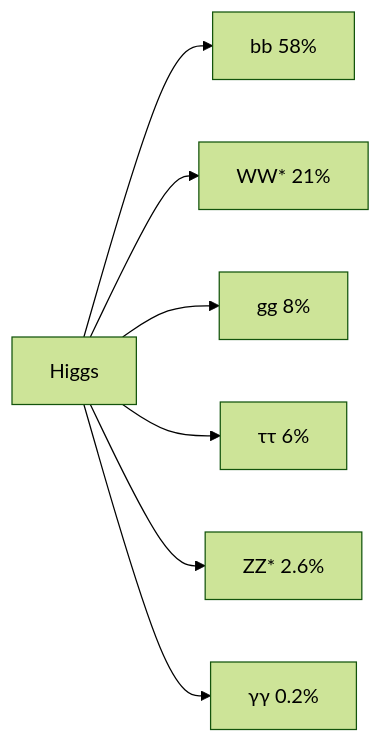
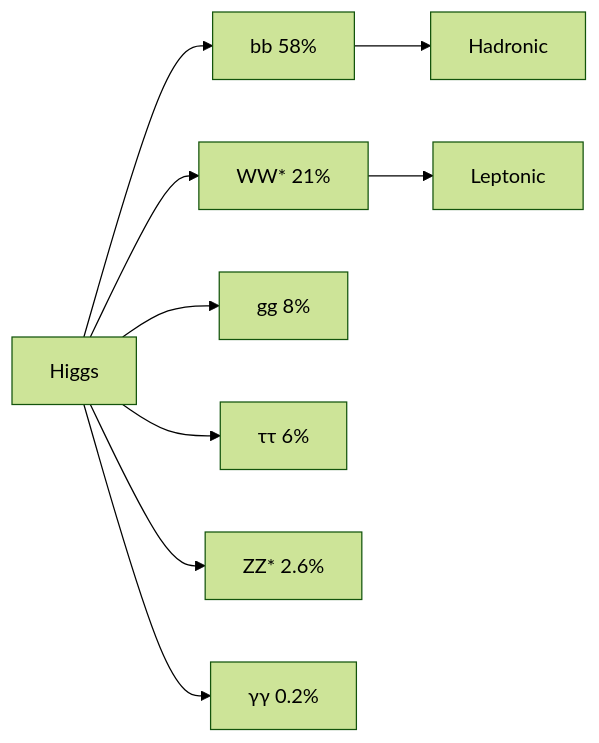
Before and after one commit to yip-lgtm/PhysicsSelfStudy: the third of 5 diagrams in 03_MSc_Physics/electives/MSPY_6610_Particle_Physics_Phenomenology/README.md, drawn with Mermaid (forest theme). The commit also changed other lines of this file and 17 other files, not shown here.

````diff
--- a/03_MSc_Physics/electives/MSPY_6610_Particle_Physics_Phenomenology/README.md
+++ b/03_MSc_Physics/electives/MSPY_6610_Particle_Physics_Phenomenology/README.md
@@ -274,9 +412,11 @@
 ```mermaid
 graph LR
     A[Higgs] --> B[bb 58%]
     A --> C[WW* 21%]
     A --> D[gg 8%]
     A --> E[ττ 6%]
     A --> F[ZZ* 2.6%]
     A --> G[γγ 0.2%]
+    B --> H[Hadronic]
+    C --> I[Leptonic]
 ```
````
